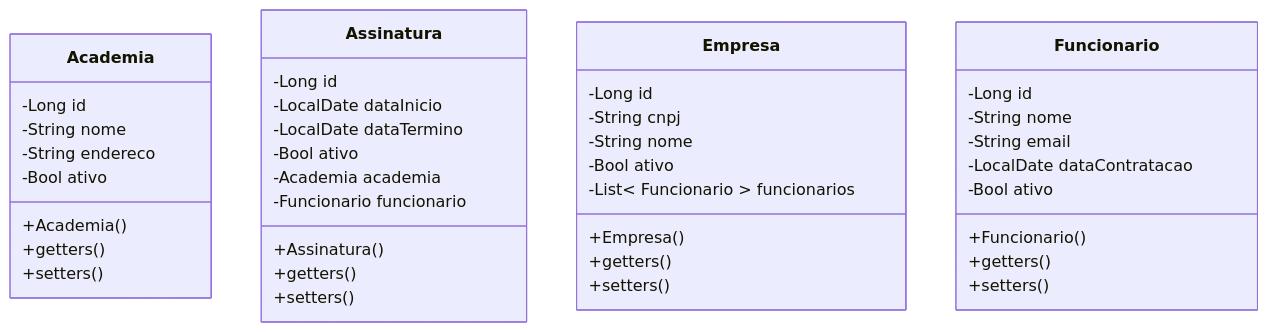
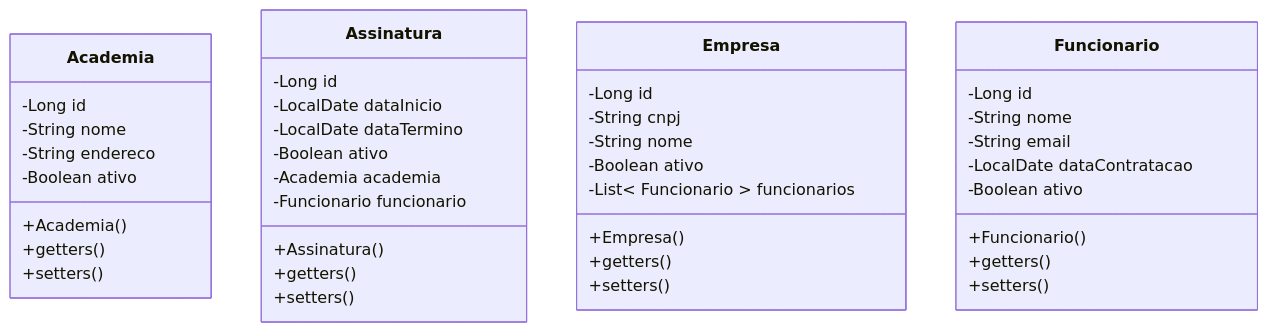
The diagram in exercicios/exercicio-017/versao-001/README.md (heltonricardo/enunciados-exercicios-java), drawn with Mermaid before and after one commit.

````diff
--- a/exercicios/exercicio-017/versao-001/README.md
+++ b/exercicios/exercicio-017/versao-001/README.md
@@ -83,47 +83,47 @@
 ```mermaid
 classDiagram
 
 class Academia {
   -Long id
   -String nome
   -String endereco
-  -Bool ativo
+  -Boolean ativo
   +Academia()
   +getters()
   +setters()
 }
 
 class Assinatura {
   -Long id
   -LocalDate dataInicio
   -LocalDate dataTermino
-  -Bool ativo
+  -Boolean ativo
   -Academia academia
   -Funcionario funcionario
   +Assinatura()
   +getters()
   +setters()
 }
 
 class Empresa {
   -Long id
   -String cnpj
   -String nome
-  -Bool ativo
+  -Boolean ativo
   -List< Funcionario > funcionarios
   +Empresa()
   +getters()
   +setters()
 }
 
 class Funcionario {
   -Long id
   -String nome
   -String email
   -LocalDate dataContratacao
-  -Bool ativo
+  -Boolean ativo
   +Funcionario()
   +getters()
   +setters()
 }
 ```
````
